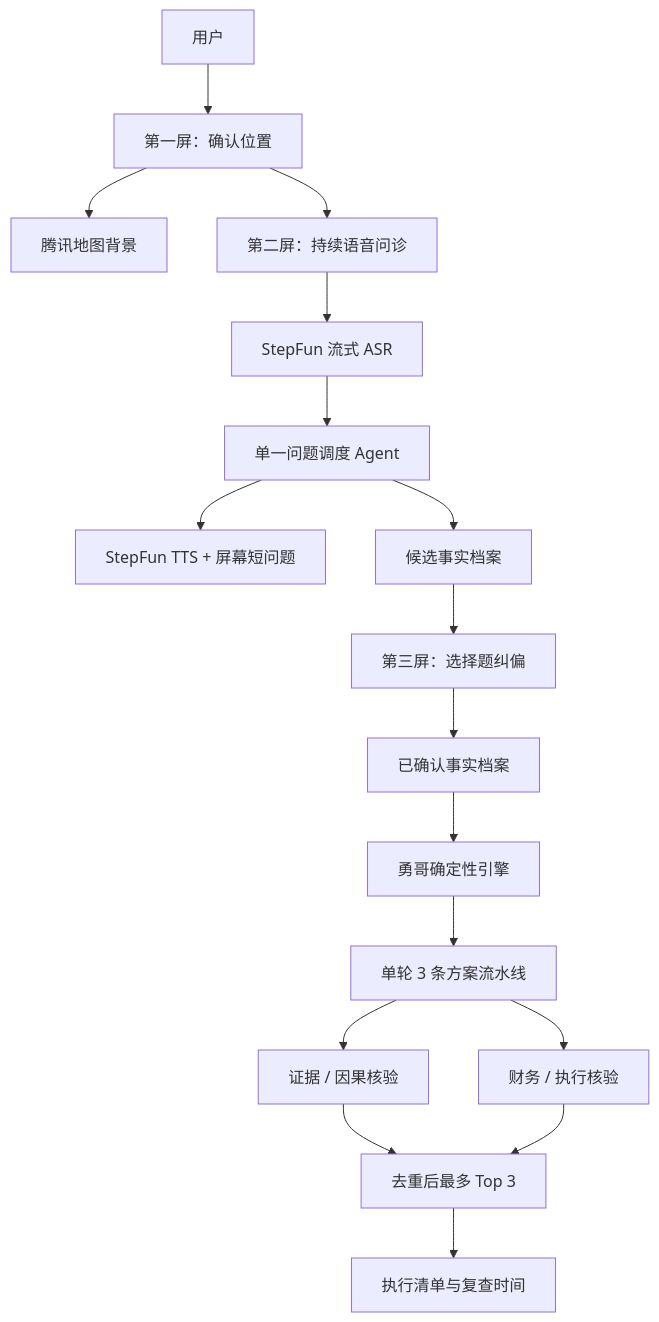
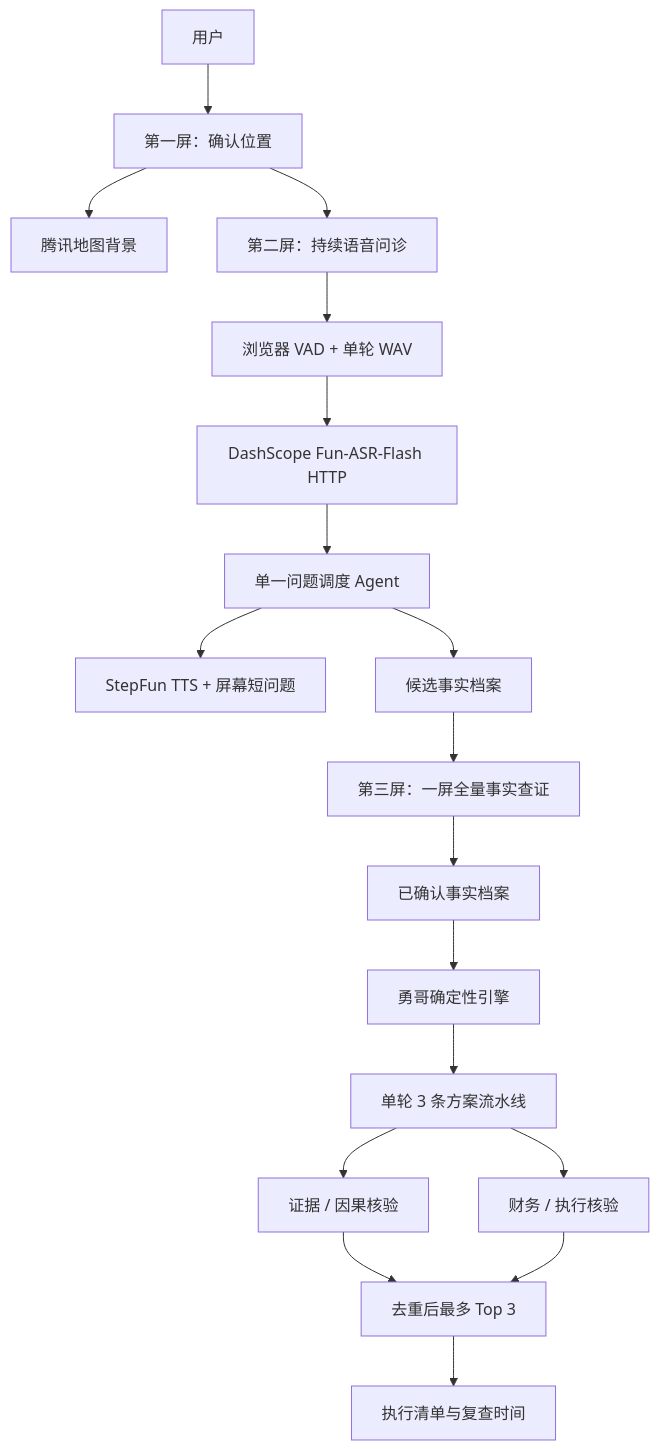
Before and after one commit to Vist233/AdventureX-ShopLooker: the first of 2 diagrams in ARCHITECTURE.md, drawn with Mermaid. The commit also changed other lines of this file and 13 other files, not shown here.

Commit message:
feat: switch interview ASR to DashScope

````diff
--- a/ARCHITECTURE.md
+++ b/ARCHITECTURE.md
@@ -14,19 +14,20 @@
 ```mermaid
 flowchart TD
   U["用户"] --> L["第一屏：确认位置"]
   L --> MAP["腾讯地图背景"]
   L --> I["第二屏：持续语音问诊"]
-  I --> ASR["StepFun 流式 ASR"]
+  I --> VAD["浏览器 VAD + 单轮 WAV"]
+  VAD --> ASR["DashScope Fun-ASR-Flash HTTP"]
   ASR --> Q["单一问题调度 Agent"]
   Q --> TTS["StepFun TTS + 屏幕短问题"]
   Q --> F["候选事实档案"]
-  F --> R["第三屏：选择题纠偏"]
+  F --> R["第三屏：一屏全量事实查证"]
   R --> CF["已确认事实档案"]
   CF --> D["勇哥确定性引擎"]
   D --> S["单轮 3 条方案流水线"]
   S --> V1["证据 / 因果核验"]
   S --> V2["财务 / 执行核验"]
   V1 --> TOP["去重后最多 Top 3"]
   V2 --> TOP
   TOP --> X["执行清单与复查时间"]
 ```
````
